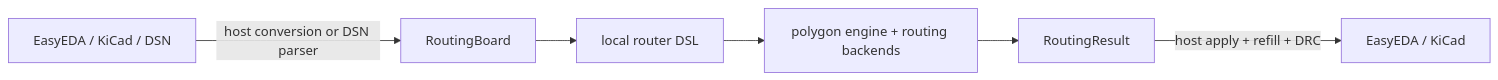
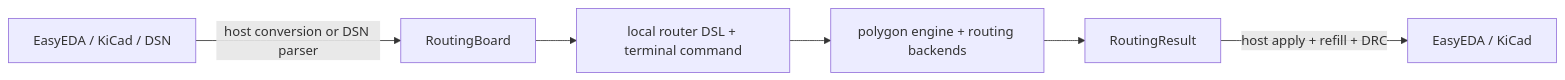
Before and after one commit to biosshot/eda-copilot-router: the diagram in docs/architecture/eda-neutral-package.md, drawn with Mermaid. The commit also changed other lines of this file and 4 other files, not shown here.

Commit message:
docs(router): define terminal DSL commands

````diff
--- a/docs/architecture/eda-neutral-package.md
+++ b/docs/architecture/eda-neutral-package.md
@@ -10,8 +10,8 @@
 ```mermaid
 flowchart LR
   A["EasyEDA / KiCad / DSN"] -->|host conversion or DSN parser| B["RoutingBoard"]
-  B --> C["local router DSL"]
+  B --> C["local router DSL + terminal command"]
   C --> D["polygon engine + routing backends"]
   D --> E["RoutingResult"]
   E -->|host apply + refill + DRC| F["EasyEDA / KiCad"]
 ```
````
